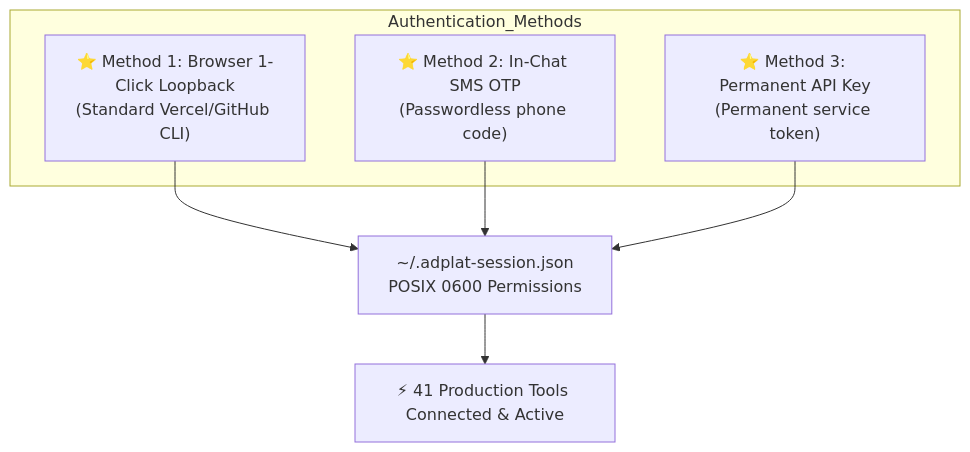
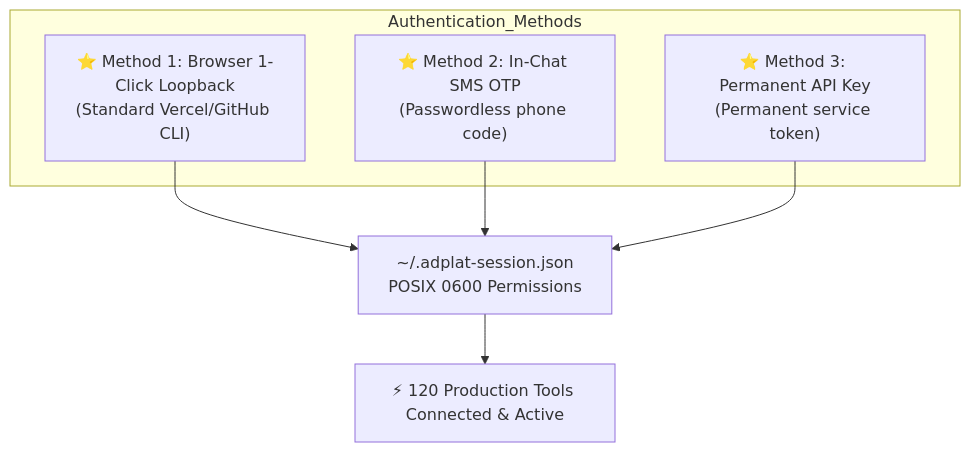
The diagram in README.md (Hesvm/adplat-admin-mcp), drawn with Mermaid before and after one commit. The commit also changed other lines of this file and 5 other files, not shown here.

First line of the commit message:
feat(v1.3.0): expand to 120 production tools covering full adplat admin platform

````diff
--- a/README.md
+++ b/README.md
@@ -173,14 +305,14 @@
 ```mermaid
 flowchart TD
     subgraph Authentication_Methods
         A["⭐️ Method 1: Browser 1-Click Loopback<br/>(Standard Vercel/GitHub CLI)"]
         B["⭐️ Method 2: In-Chat SMS OTP<br/>(Passwordless phone code)"]
         C["⭐️ Method 3: Permanent API Key<br/>(Permanent service token)"]
     end
 
     A --> S["~/.adplat-session.json<br/>POSIX 0600 Permissions"]
     B --> S
     C --> S
 
-    S --> M["⚡ 41 Production Tools Connected & Active"]
+    S --> M["⚡ 120 Production Tools Connected & Active"]
 ```
````
